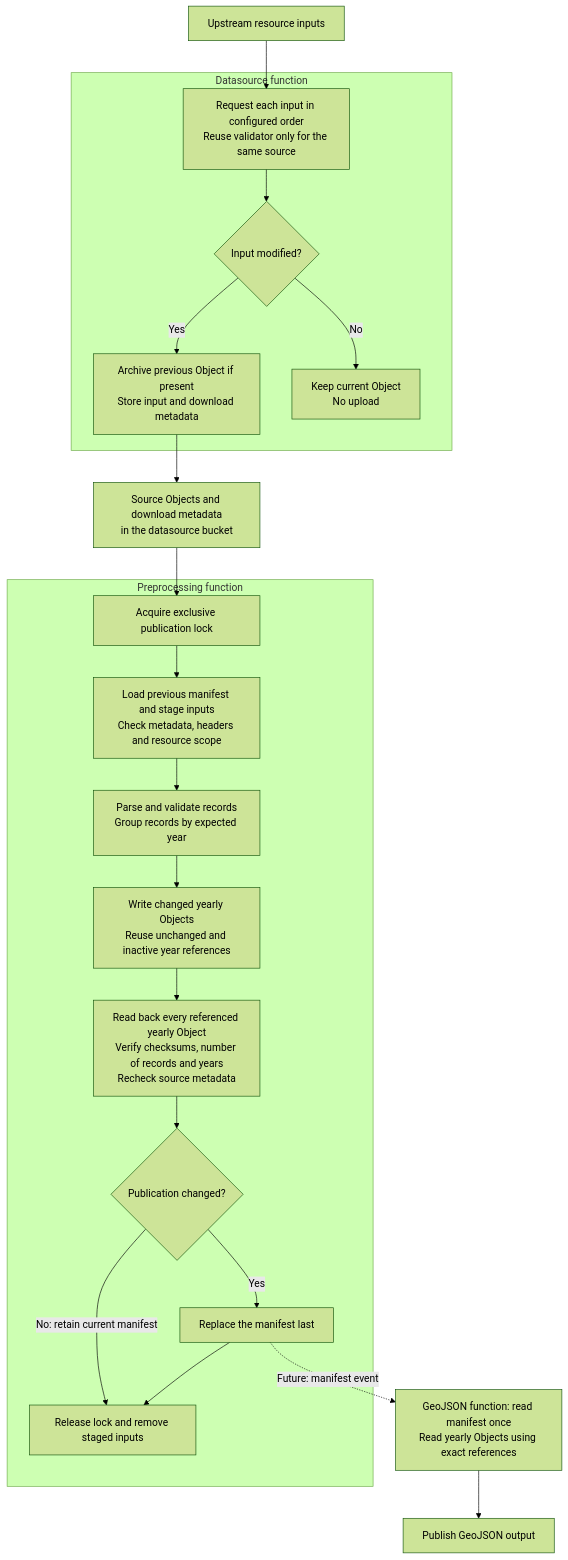
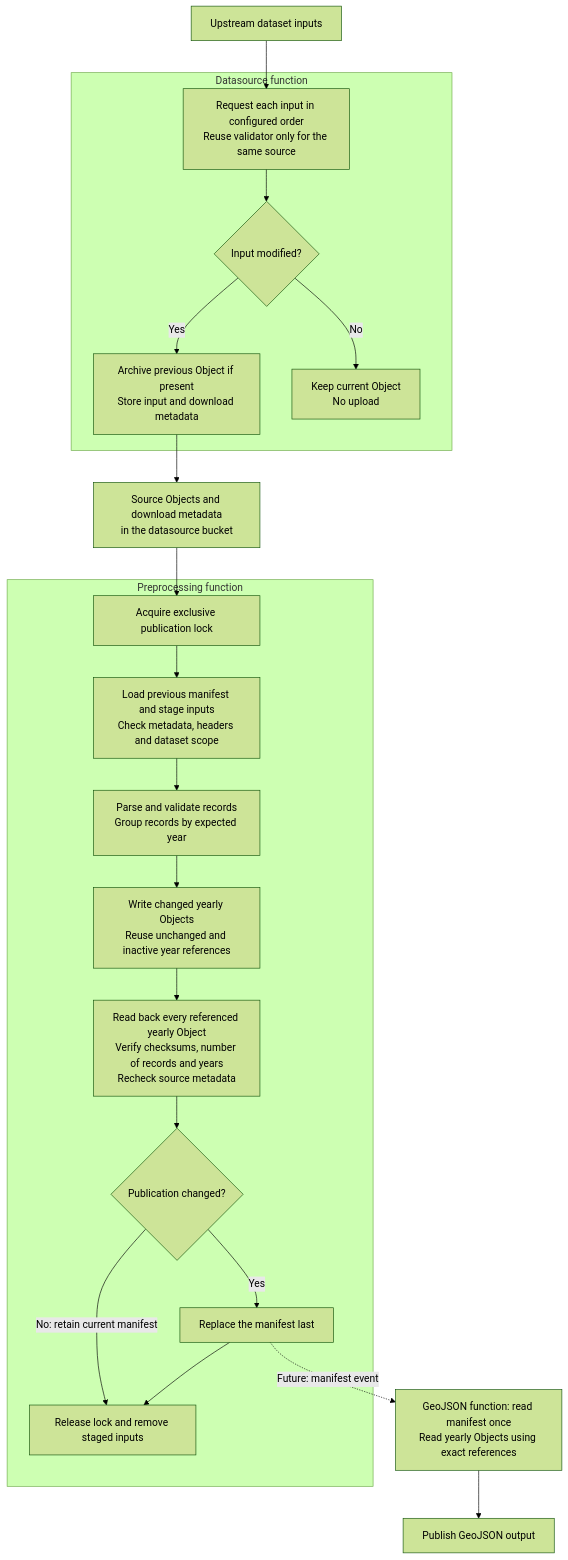
The diagram in specs/datasource-storage-contract.md (arnaudq/traficinfo), drawn with Mermaid (forest theme) before and after one commit. The commit also changed other lines of this file and 17 other files, not shown here.

````diff
--- a/specs/datasource-storage-contract.md
+++ b/specs/datasource-storage-contract.md
@@ -130,37 +136,37 @@
 ```mermaid
 flowchart TD
-    upstream["Upstream resource inputs"]
+    upstream["Upstream dataset inputs"]
 
     subgraph datasource["Datasource function"]
         retrieve["Request each input in configured order<br/>Reuse validator only for the same source"]
         modified{"Input modified?"}
         store["Archive previous Object if present<br/>Store input and download metadata"]
         unchanged["Keep current Object<br/>No upload"]
 
         retrieve --> modified
         modified -->|Yes| store
         modified -->|No| unchanged
     end
 
     upstream --> retrieve
     store --> raw["Source Objects and download metadata<br/>in the datasource bucket"]
 
     subgraph preprocessing["Preprocessing function"]
         lock["Acquire exclusive publication lock"]
-        prepare["Load previous manifest and stage inputs<br/>Check metadata, headers and resource scope"]
+        prepare["Load previous manifest and stage inputs<br/>Check metadata, headers and dataset scope"]
         parse["Parse and validate records<br/>Group records by expected year"]
         years["Write changed yearly Objects<br/>Reuse unchanged and inactive year references"]
         verify["Read back every referenced yearly Object<br/>Verify checksums, number of records and years<br/>Recheck source metadata"]
         changed{"Publication changed?"}
         publish["Replace the manifest last"]
         release["Release lock and remove staged inputs"]
 
         lock --> prepare --> parse --> years --> verify --> changed
         changed -->|Yes| publish --> release
         changed -->|No: retain current manifest| release
     end
 
     raw --> lock
     publish -.->|Future: manifest event| geojson["GeoJSON function: read manifest once<br/>Read yearly Objects using exact references"]
     geojson --> output["Publish GeoJSON output"]
 ```
````
